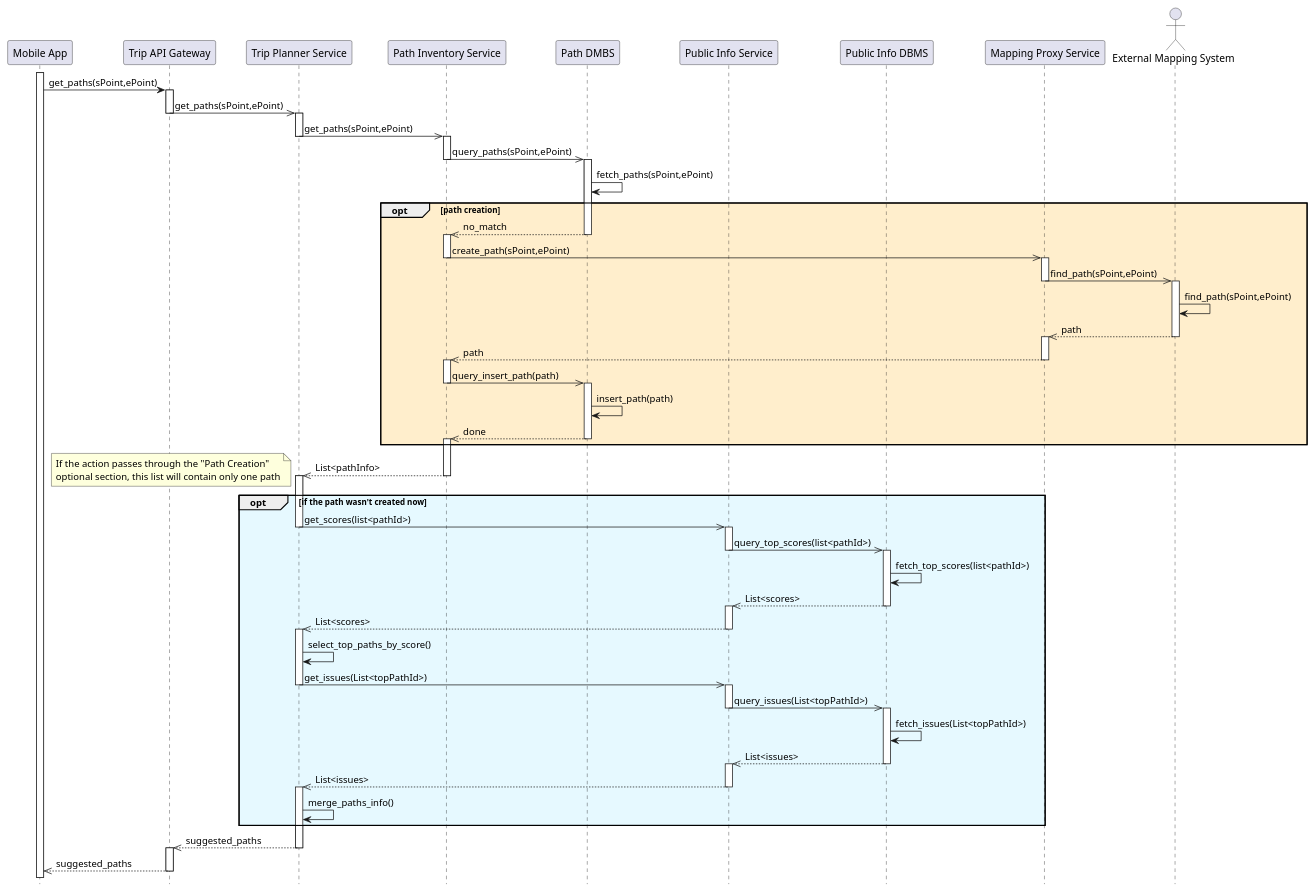
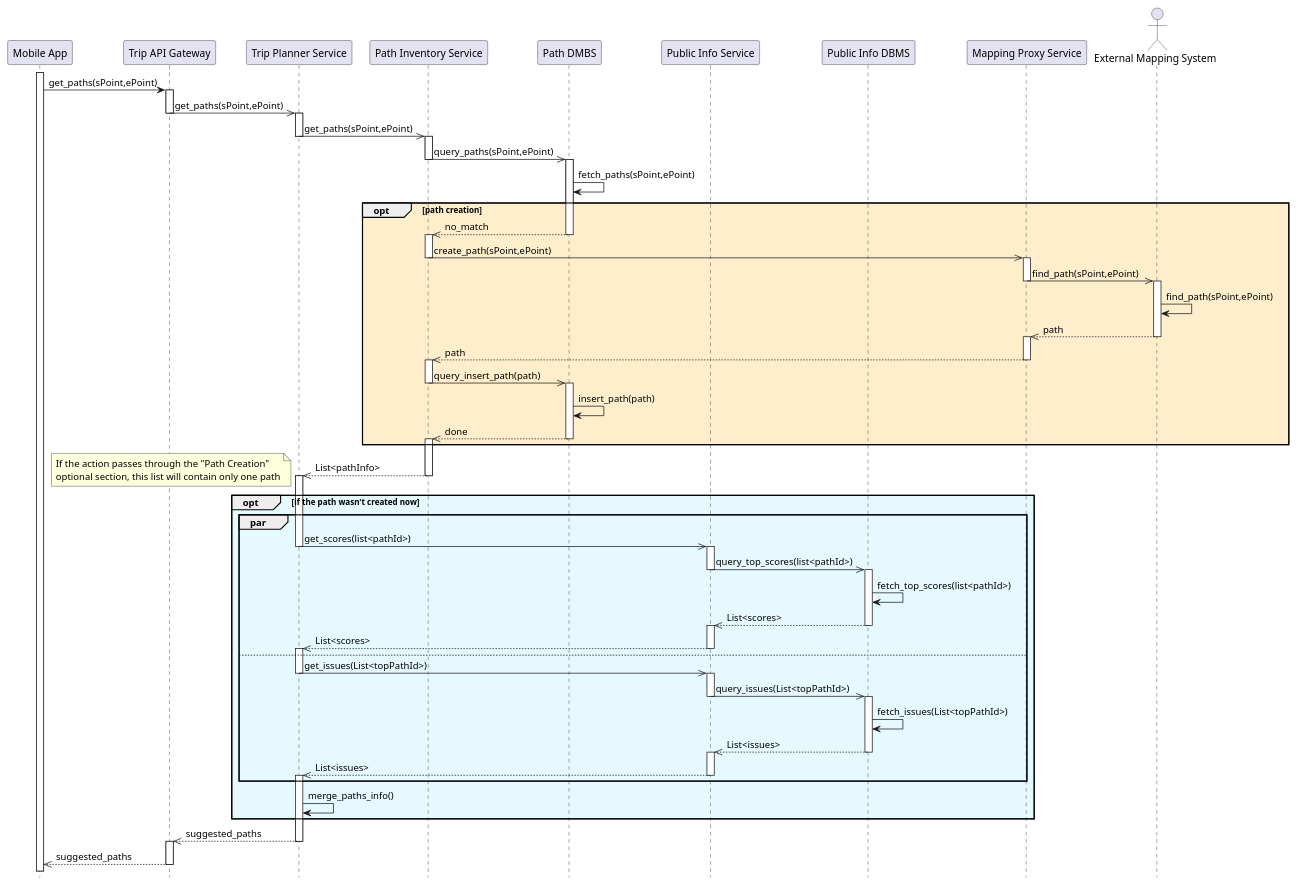
One commit to Guflie/PoliMi-SWE2-RDD-project changed the diagram in diagrams/DD/sequenceDiagram/sd6_route_plannig.puml. Above: the diagram before and after it, drawn with PlantUML. The commit also changed 12 other files, not shown here.

Commit message:
[DD] Updated Sequence Diagrams Reviewd the logic to make the procedures more asynchronous, remains to divide the larger diagrams in more sub-diagrams

```diff
--- a/diagrams/DD/sequenceDiagram/sd6_route_plannig.puml
+++ b/diagrams/DD/sequenceDiagram/sd6_route_plannig.puml
@@ -1,106 +1,104 @@
 @startuml sd6_route_planning
 ' Referes to UC6 and UC7
 hide footbox
 
 participant "Mobile App" as app
 participant "Trip API Gateway" as tapi
 participant "Trip Planner Service" as tb
 participant "Path Inventory Service" as pi
 participant "Path DMBS" as dbp
 participant "Public Info Service" as pis
 participant "Public Info DBMS" as dbpi
 participant "Mapping Proxy Service" as mp
 actor "External Mapping System" as ems
 
 activate app
 app -> tapi : get_paths(sPoint,ePoint)
 activate tapi
 tapi ->> tb: get_paths(sPoint,ePoint)
 deactivate tapi 
 activate tb
 
 ' 1st step - path retrival
 tb->> pi : get_paths(sPoint,ePoint)
 deactivate tb
 activate pi
 pi ->> dbp : query_paths(sPoint,ePoint)
 deactivate pi
 activate dbp
 dbp -> dbp : fetch_paths(sPoint,ePoint)
 
 opt #ffeecc path creation
     dbp -->> pi : no_match
     deactivate dbp
     activate pi
     pi ->> mp : create_path(sPoint,ePoint)
     deactivate pi
     activate mp
     mp ->> ems : find_path(sPoint,ePoint)
     deactivate mp
     activate ems
     ems -> ems : find_path(sPoint,ePoint)
     ems -->> mp : path
     deactivate ems
     activate mp
     mp -->> pi : path
     deactivate mp
     activate pi
     pi ->> dbp : query_insert_path(path)
     deactivate pi
     activate dbp
     dbp -> dbp : insert_path(path)
     dbp -->> pi : done
     deactivate dbp
     activate pi
 end
 
 pi -->> tb : List<pathInfo>
 note left
 If the action passes through the "Path Creation"
 optional section, this list will contain only one path
 end note
+
 deactivate pi
 activate tb
 opt #e6f9ff if the path wasn't created now
     ' 2nd step - score retrival
-    tb ->> pis : get_scores(list<pathId>)
-    deactivate tb
-    activate pis
-    pis ->> dbpi : query_top_scores(list<pathId>)
-    deactivate pis
-    activate dbpi
-    dbpi -> dbpi : fetch_top_scores(list<pathId>)
-    ' add optional block for path creation
-    dbpi -->> pis : List<scores>
-    deactivate dbpi
-    activate pis
-    pis -->> tb : List<scores>
-    deactivate pis
-    activate tb
-
-    ' 3d step - issue retrival
-    tb -> tb : select_top_paths_by_score()
-    tb ->> pis : get_issues(List<topPathId>)
-    deactivate tb
-    activate pis
-    pis ->> dbpi : query_issues(List<topPathId>)
-    deactivate pis
-    activate dbpi
-    dbpi -> dbpi : fetch_issues(List<topPathId>)
-    ' add optional block for path creation
-    dbpi -->> pis : List<issues>
-    deactivate dbpi
-    activate pis
-    pis -->> tb : List<issues>
-    deactivate pis
-    activate tb
-
-    ' probably you wnat tho expand this in the near future 
-    tb -> tb : merge_paths_info()
+    par 
+        tb ->> pis : get_scores(list<pathId>)
+        deactivate tb
+        activate pis
+        pis ->> dbpi : query_top_scores(list<pathId>)
+        deactivate pis
+        activate dbpi
+        dbpi -> dbpi : fetch_top_scores(list<pathId>)
+        dbpi -->> pis : List<scores>
+        deactivate dbpi
+        activate pis
+        pis -->> tb : List<scores>
+        deactivate pis
+        activate tb
+    else
+        tb ->> pis : get_issues(List<topPathId>)
+        deactivate tb
+        activate pis
+        pis ->> dbpi : query_issues(List<topPathId>)
+        deactivate pis
+        activate dbpi
+        dbpi -> dbpi : fetch_issues(List<topPathId>)
+        dbpi -->> pis : List<issues>
+        deactivate dbpi
+        activate pis
+        pis -->> tb : List<issues>
+        deactivate pis
+        activate tb
+    end
+tb -> tb : merge_paths_info()
 end
 tb -->> tapi : suggested_paths
 deactivate tb
 activate tapi
 tapi -->> app : suggested_paths
 deactivate tapi
+
 @enduml
```
